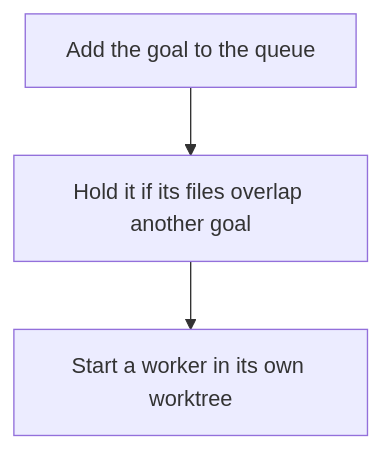
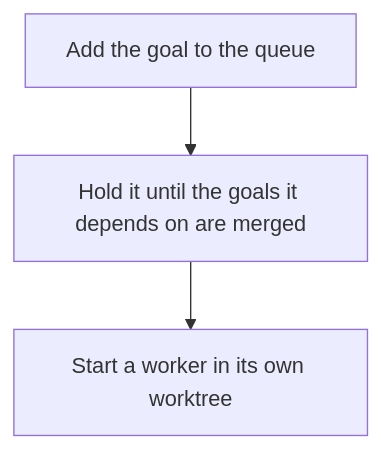
The second of 17 diagrams in skills/workflow-monitoring/references/commands.md (jcl2018/agent-workflow-template), drawn with Mermaid before and after one commit. The commit also changed other lines of this file and 40 other files, not shown here.

Commit message:
operate: dependency-graph planner, operate command, base merge, worker guard, live reports, status block

````diff
--- a/skills/workflow-monitoring/references/commands.md
+++ b/skills/workflow-monitoring/references/commands.md
@@ -138,8 +148,8 @@
 ```mermaid
 flowchart TD
   a["Add the goal to the queue"]
-  b["Hold it if its files overlap another goal"]
+  b["Hold it until the goals it depends on are merged"]
   c["Start a worker in its own worktree"]
   a --> b
   b --> c
 ```
````
